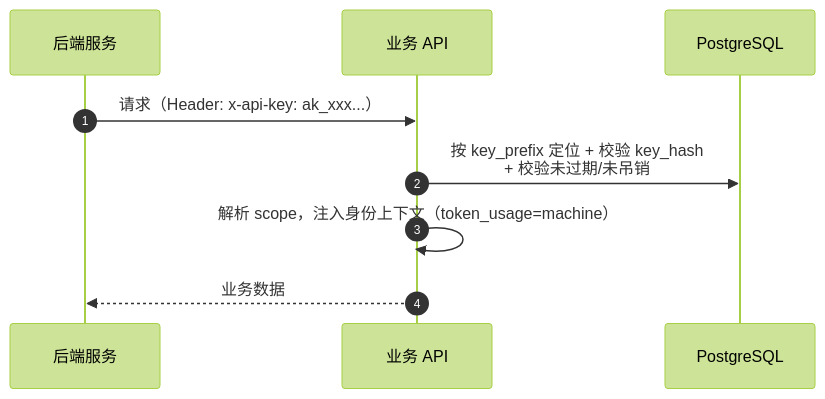
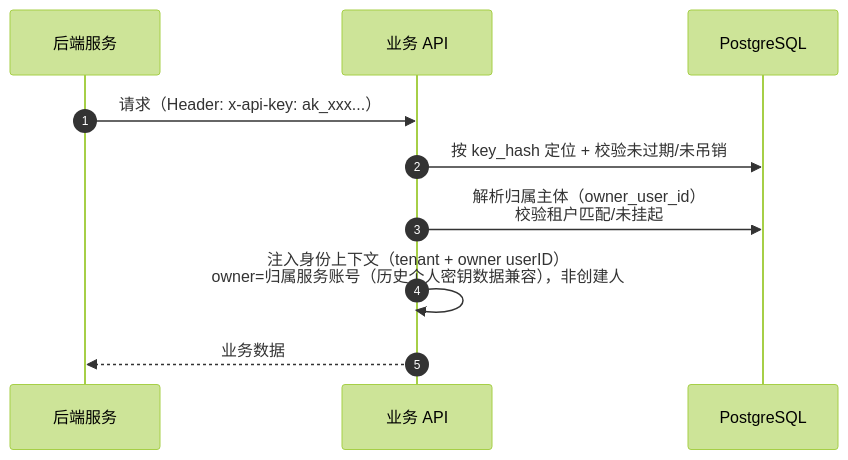
Before and after one commit to morehao/ark-iam: the tenth of 14 diagrams in docs/design/system-design.md, drawn with Mermaid (forest theme). The commit also changed other lines of this file and 66 other files, not shown here.

````diff
--- a/docs/design/system-design.md
+++ b/docs/design/system-design.md
@@ -721,12 +722,13 @@
 ```mermaid
 sequenceDiagram
     autonumber
     participant SVC as 后端服务
     participant API as 业务 API
     participant DB as PostgreSQL
 
     SVC->>API: 请求（Header: x-api-key: ak_xxx...）
-    API->>DB: 按 key_prefix 定位 + 校验 key_hash<br/>+ 校验未过期/未吊销
-    API->>API: 解析 scope，注入身份上下文（token_usage=machine）
+    API->>DB: 按 key_hash 定位 + 校验未过期/未吊销
+    API->>DB: 解析归属主体（owner_user_id）<br/>校验租户匹配/未挂起
+    API->>API: 注入身份上下文（tenant + owner userID）<br/>owner=归属服务账号（历史个人密钥数据兼容），非创建人
     API-->>SVC: 业务数据
 ```
````
